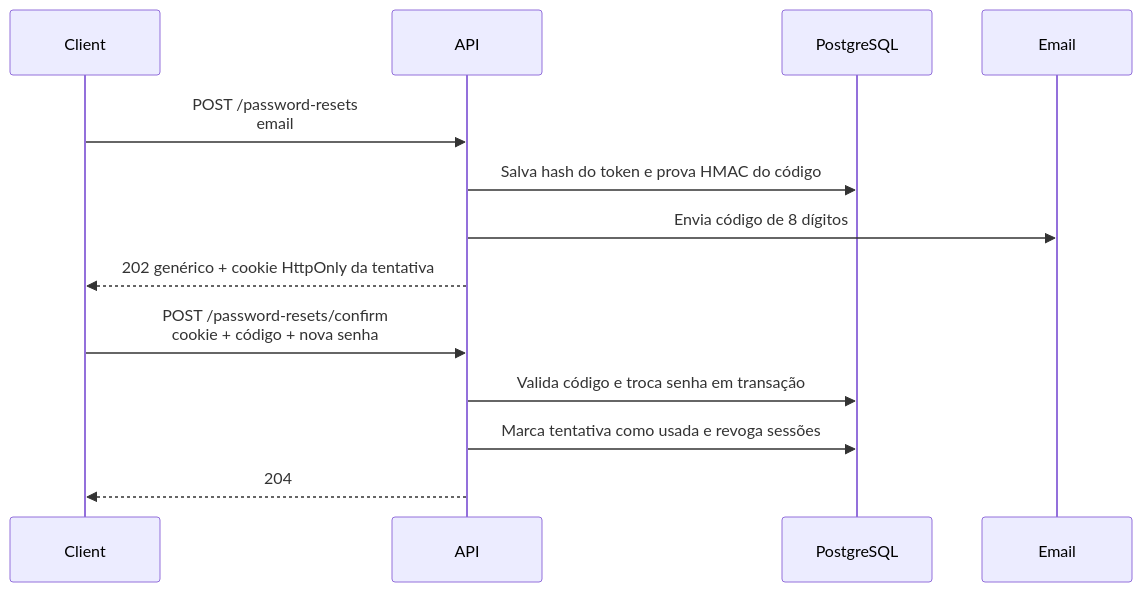
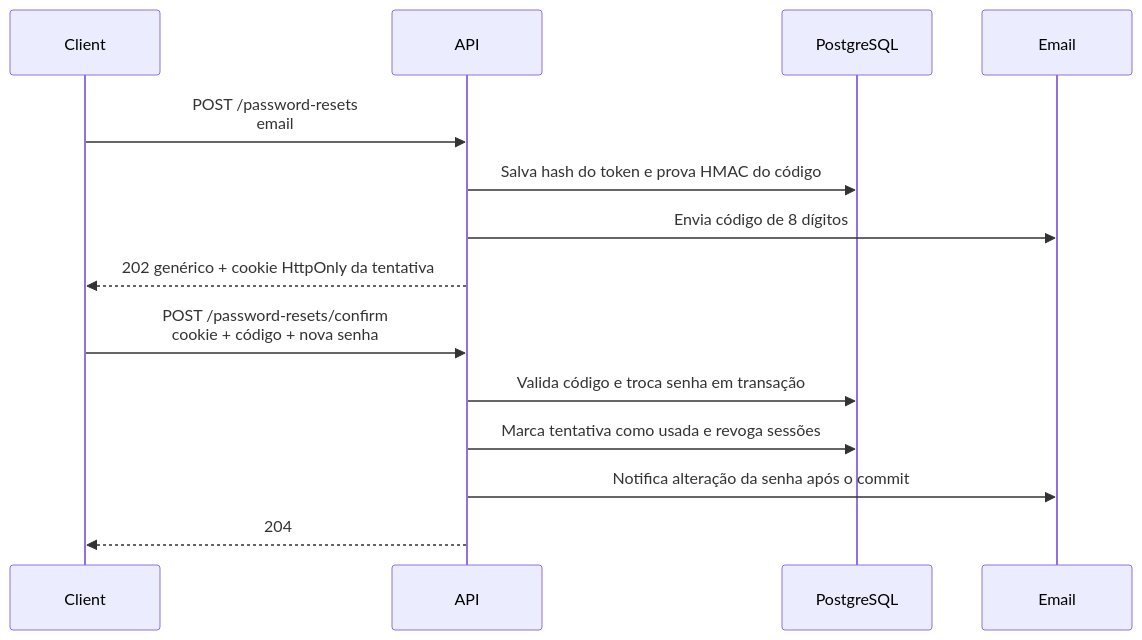
Before and after one commit to fredsaggio/shortbit: the tenth of 10 diagrams in docs/authentication.md, drawn with Mermaid. The commit also changed other lines of this file and 17 other files, not shown here.

````diff
--- a/docs/authentication.md
+++ b/docs/authentication.md
@@ -210,16 +210,17 @@
 ```mermaid
 sequenceDiagram
     participant Client
     participant API
     participant DB as PostgreSQL
     participant Email
 
     Client->>API: POST /password-resets<br/>email
     API->>DB: Salva hash do token e prova HMAC do código
     API->>Email: Envia código de 8 dígitos
     API-->>Client: 202 genérico + cookie HttpOnly da tentativa
     Client->>API: POST /password-resets/confirm<br/>cookie + código + nova senha
     API->>DB: Valida código e troca senha em transação
     API->>DB: Marca tentativa como usada e revoga sessões
+    API->>Email: Notifica alteração da senha após o commit
     API-->>Client: 204
 ```
````
